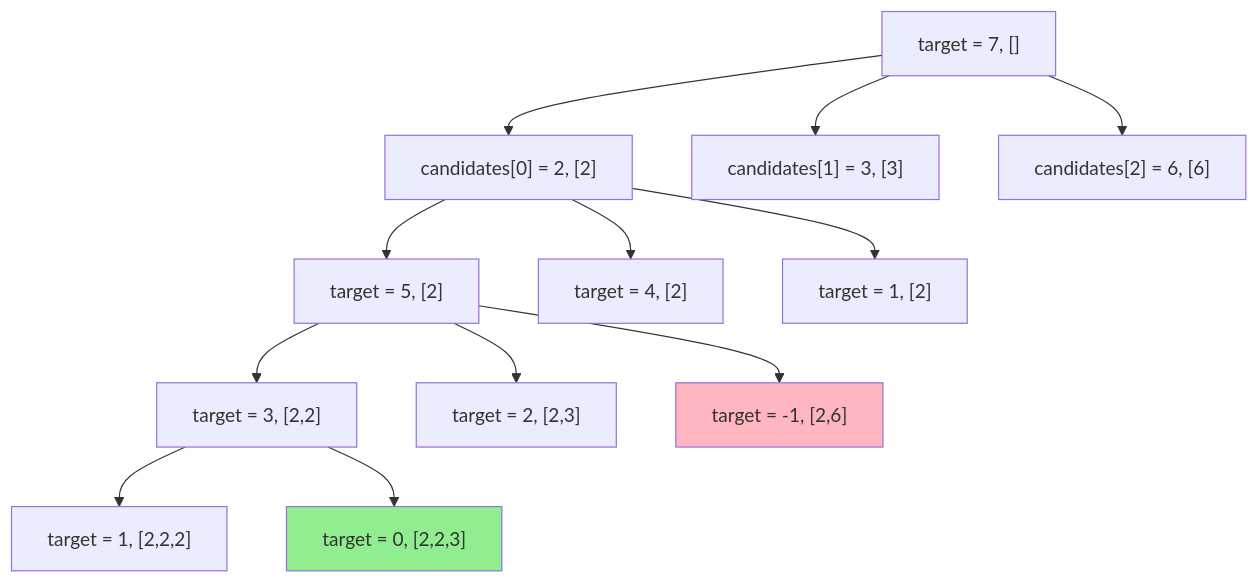
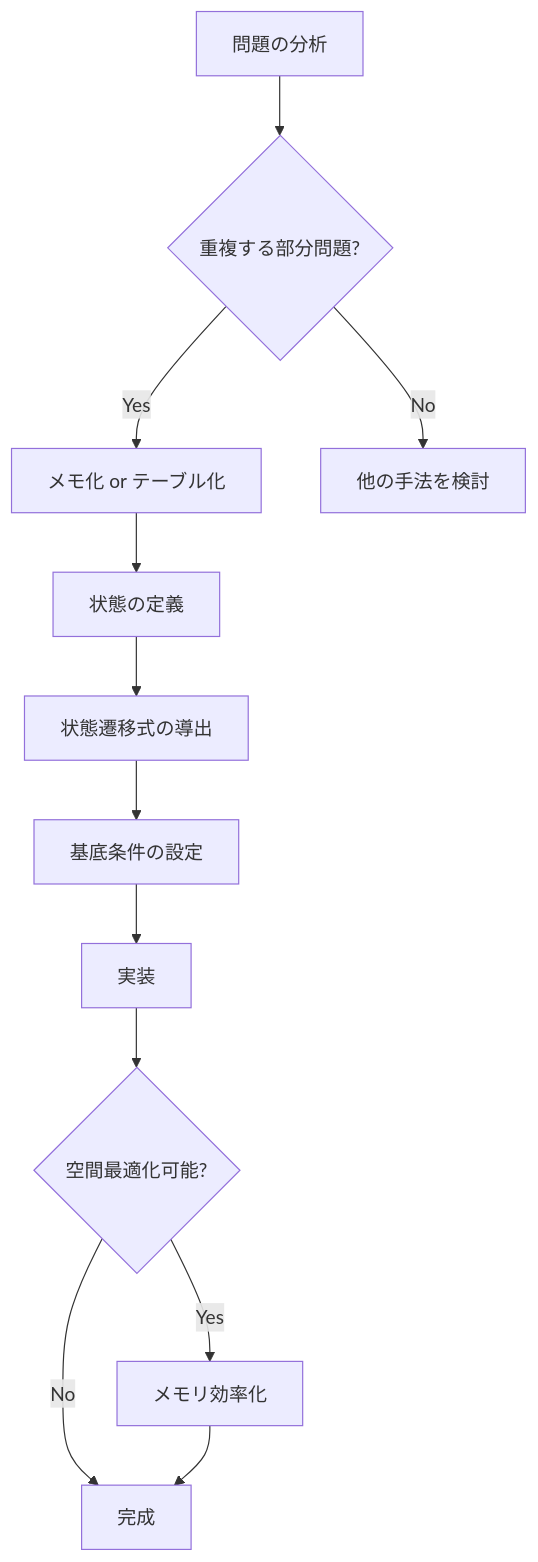
The fourth of 11 diagrams in README.md (myoshi2891/Algorithm-DataStructures-Math-SQL), drawn with Mermaid before and after one commit. The commit also changed other lines of this file, not shown here.

````diff
--- a/README.md
+++ b/README.md
@@ -155,20 +136,14 @@
 ```mermaid
 graph TD
-    A["target = 7, []"] --> B["candidates[0] = 2, [2]"]
-    A --> C["candidates[1] = 3, [3]"]
-    A --> D["candidates[2] = 6, [6]"]
-    
-    B --> E["target = 5, [2]"]
-    B --> F["target = 4, [2]"]
-    B --> G["target = 1, [2]"]
-    
-    E --> H["target = 3, [2,2]"]
-    E --> I["target = 2, [2,3]"]
-    E --> J["target = -1, [2,6]"]
-    
-    H --> K["target = 1, [2,2,2]"]
-    H --> L["target = 0, [2,2,3]"] 
-    
-    style L fill:#90EE90
-    style J fill:#FFB6C1
+    A[問題の分析] --> B{重複する部分問題?}
+    B -->|Yes| C[メモ化 or テーブル化]
+    B -->|No| D[他の手法を検討]
+    C --> E[状態の定義]
+    E --> F[状態遷移式の導出]
+    F --> G[基底条件の設定]
+    G --> H[実装]
+    H --> I{空間最適化可能?}
+    I -->|Yes| J[メモリ効率化]
+    I -->|No| K[完成]
+    J --> K
 ```
````
